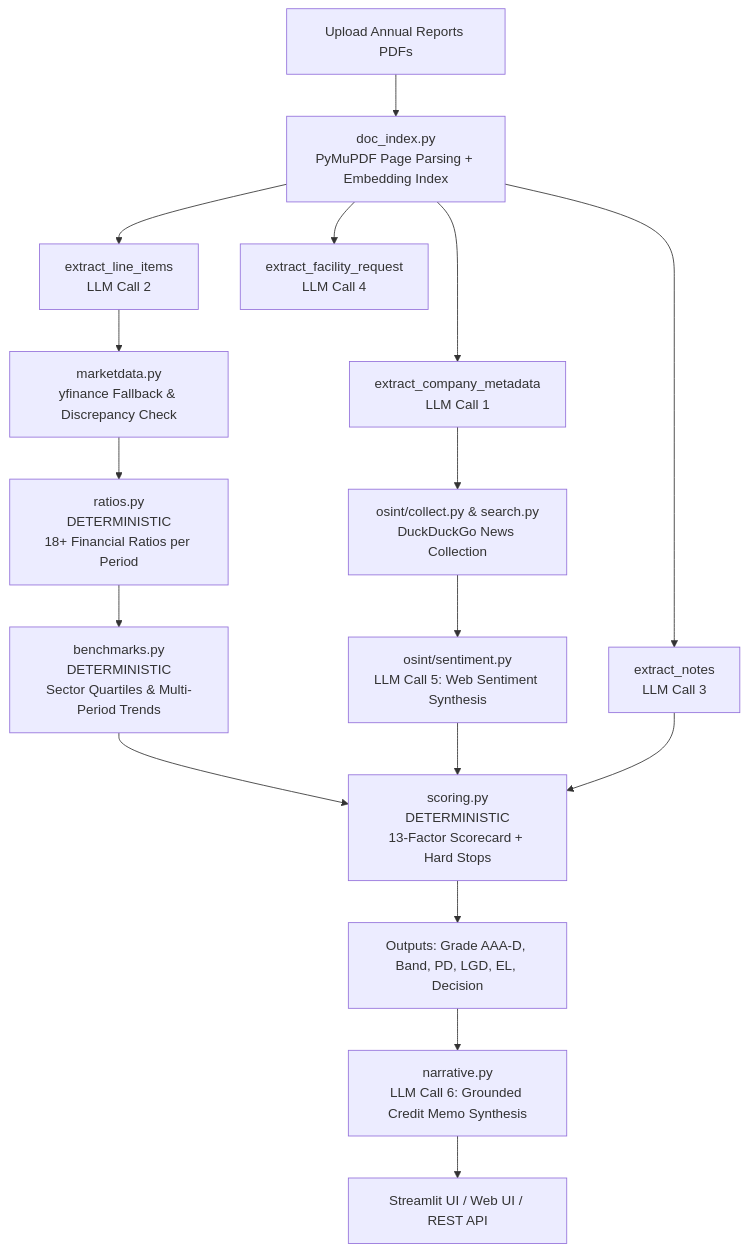
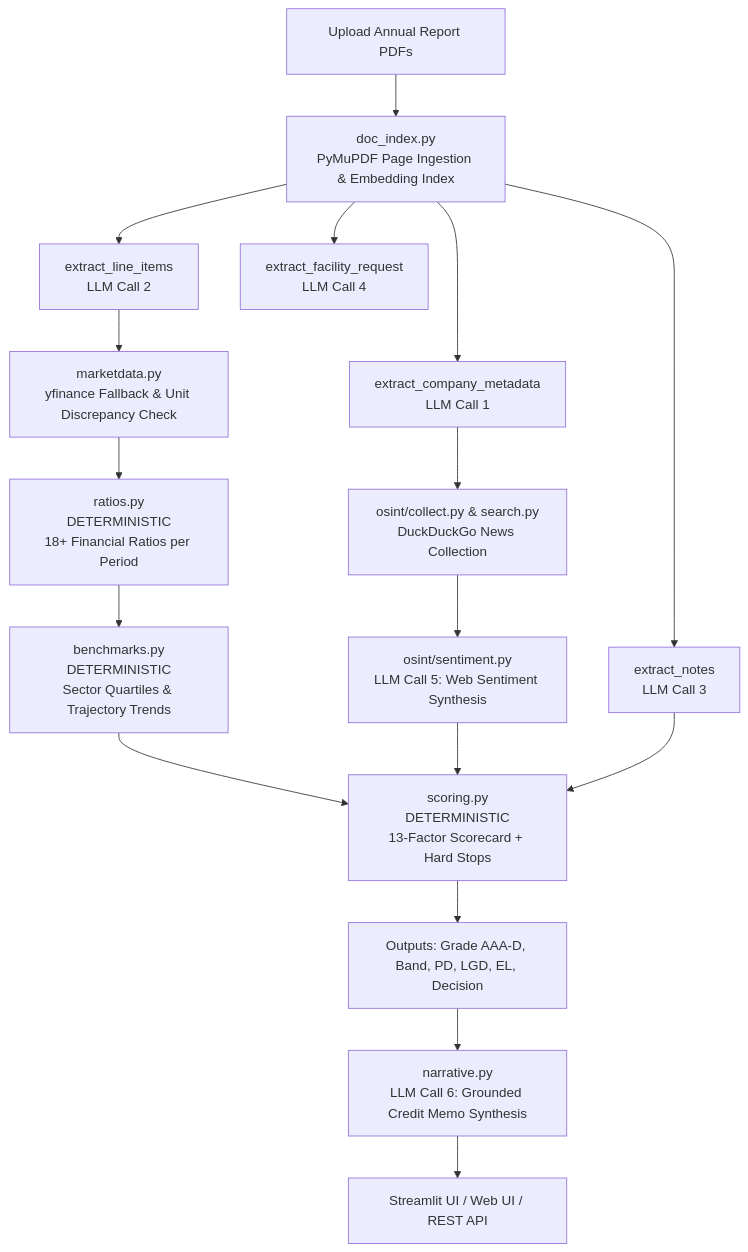
Before and after one commit to GSaiDheeraj/Finance-and-Banking-AI-Usecases: the second of 10 diagrams in AI_FOR_FINANCE_AND_BANKING_BOOK.md, drawn with Mermaid. The commit also changed other lines of this file, not shown here.

````diff
--- a/AI_FOR_FINANCE_AND_BANKING_BOOK.md
+++ b/AI_FOR_FINANCE_AND_BANKING_BOOK.md
@@ -154,20 +115,20 @@
 ```mermaid
 flowchart TD
-    PDF[Upload Annual Reports PDFs] --> DocIndex[doc_index.py\nPyMuPDF Page Parsing + Embedding Index]
+    PDF[Upload Annual Report PDFs] --> DocIndex[doc_index.py\nPyMuPDF Page Ingestion & Embedding Index]
     DocIndex --> Ext1[extract_company_metadata\nLLM Call 1]
     DocIndex --> Ext2[extract_line_items\nLLM Call 2]
     DocIndex --> Ext3[extract_notes\nLLM Call 3]
     DocIndex --> Ext4[extract_facility_request\nLLM Call 4]
 
-    Ext2 --> YF[marketdata.py\nyfinance Fallback & Discrepancy Check]
+    Ext2 --> YF[marketdata.py\nyfinance Fallback & Unit Discrepancy Check]
     Ext1 --> OSINT[osint/collect.py & search.py\nDuckDuckGo News Collection]
     OSINT --> Sent[osint/sentiment.py\nLLM Call 5: Web Sentiment Synthesis]
 
     YF --> Ratios[ratios.py\nDETERMINISTIC\n18+ Financial Ratios per Period]
-    Ratios --> Bench[benchmarks.py\nDETERMINISTIC\nSector Quartiles & Multi-Period Trends]
+    Ratios --> Bench[benchmarks.py\nDETERMINISTIC\nSector Quartiles & Trajectory Trends]
 
     Bench & Sent & Ext3 --> Scorecard[scoring.py\nDETERMINISTIC\n13-Factor Scorecard + Hard Stops]
     Scorecard --> Rating[Outputs: Grade AAA-D, Band, PD, LGD, EL, Decision]
     Rating --> Narrative[narrative.py\nLLM Call 6: Grounded Credit Memo Synthesis]
     Narrative --> UI[Streamlit UI / Web UI / REST API]
 ```
````
